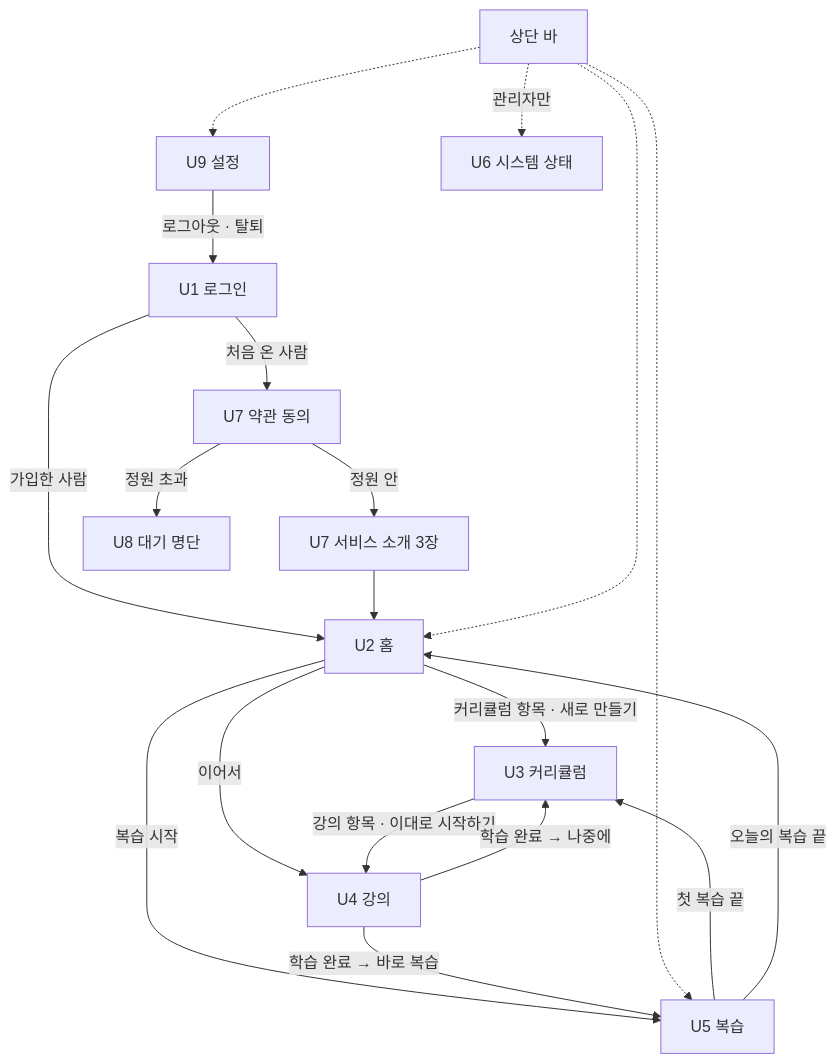
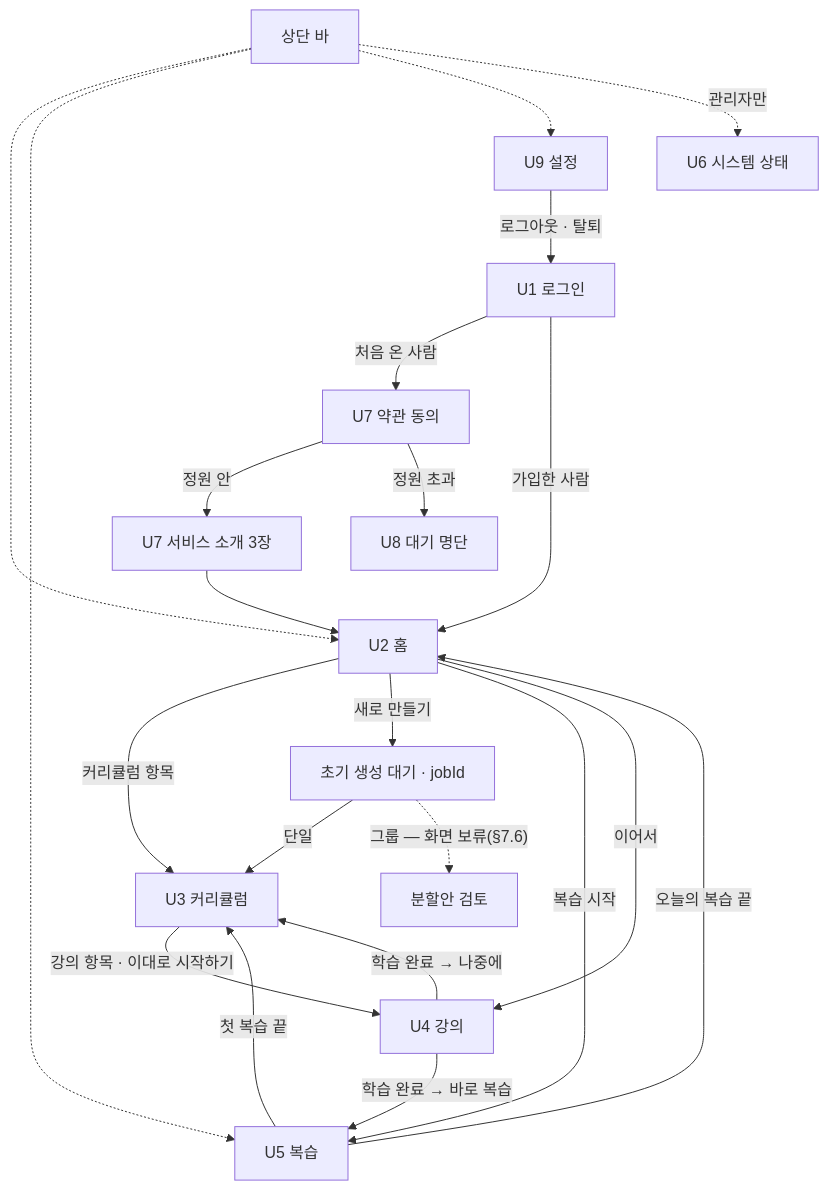
The first of 2 diagrams in docs/06-screens.md (f-lab-edu/Mogum), drawn with Mermaid before and after one commit. The commit also changed other lines of this file and 11 other files, not shown here.

````diff
--- a/docs/06-screens.md
+++ b/docs/06-screens.md
@@ -59,21 +59,24 @@
 ```mermaid
 flowchart TD
     U1["U1 로그인"] -->|"처음 온 사람"| U7A["U7 약관 동의"]
     U1 -->|"가입한 사람"| U2["U2 홈"]
     U7A -->|"정원 안"| U7B["U7 서비스 소개 3장"]
     U7A -->|"정원 초과"| U8["U8 대기 명단"]
     U7B --> U2
-    U2 -->|"커리큘럼 항목 · 새로 만들기"| U3["U3 커리큘럼"]
+    U2 -->|"커리큘럼 항목"| U3["U3 커리큘럼"]
+    U2 -->|"새로 만들기"| W["초기 생성 대기 · jobId"]
+    W -->|"단일"| U3
+    W -.->|"그룹 — 화면 보류(§7.6)"| G["분할안 검토"]
     U2 -->|"복습 시작"| U5["U5 복습"]
     U2 -->|"이어서"| U4
     U3 -->|"강의 항목 · 이대로 시작하기"| U4["U4 강의"]
     U4 -->|"학습 완료 → 바로 복습"| U5
     U4 -->|"학습 완료 → 나중에"| U3
     U5 -->|"첫 복습 끝"| U3
     U5 -->|"오늘의 복습 끝"| U2
     NAV["상단 바"] -.-> U2
     NAV -.-> U5
     NAV -.-> U9["U9 설정"]
     NAV -.->|"관리자만"| U6["U6 시스템 상태"]
     U9 -->|"로그아웃 · 탈퇴"| U1
 ```
````
